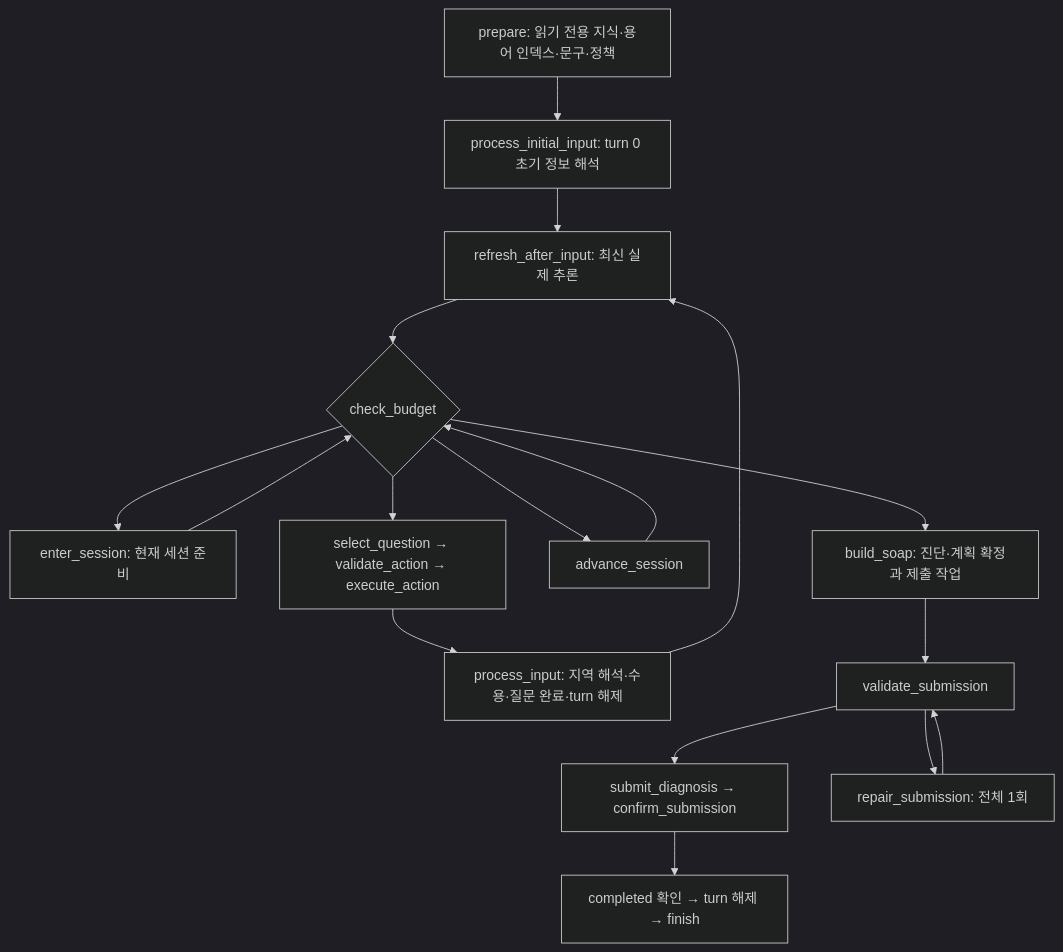
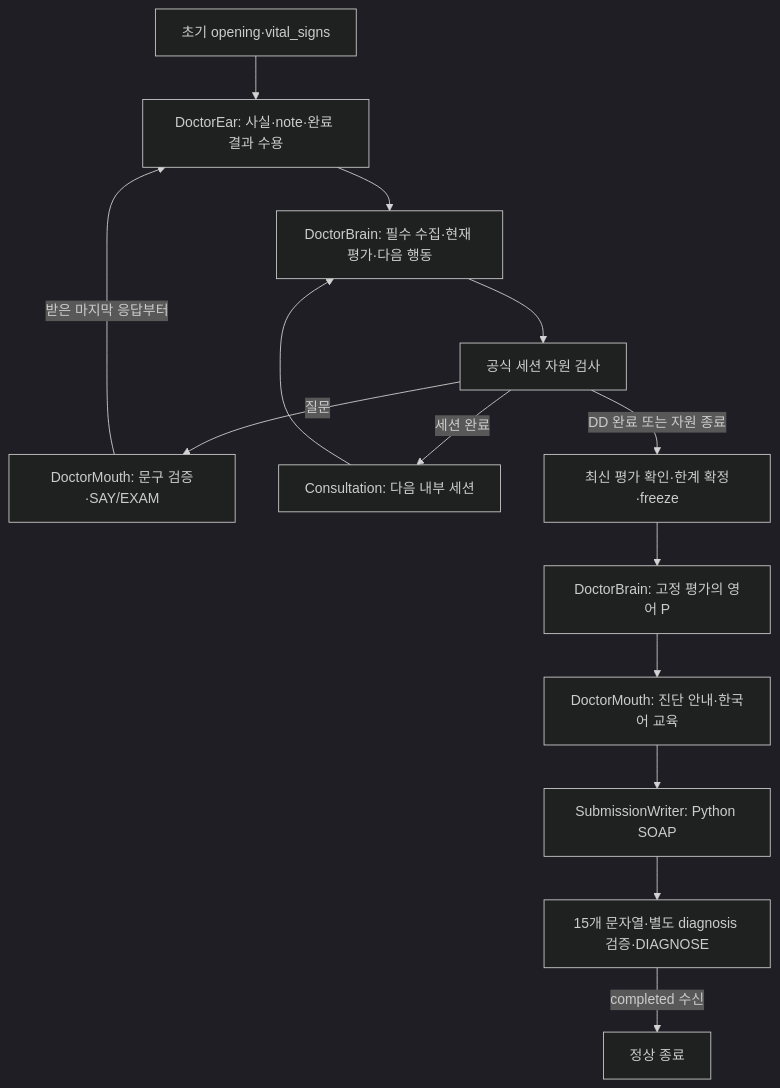
The first of 5 diagrams in submission/README.md (devRestain/Ontoward), drawn with Mermaid (dark theme) before and after one commit. The commit also changed other lines of this file and 74 other files, not shown here.

````diff
--- a/submission/README.md
+++ b/submission/README.md
@@ -10,19 +10,16 @@
 ```mermaid
 flowchart TD
-    P["prepare: 읽기 전용 지식·용어 인덱스·문구·정책"] --> I["process_initial_input: turn 0 초기 정보 해석"]
-    I --> R["refresh_after_input: 최신 실제 추론"]
-    R --> B{"check_budget"}
-    B --> S["enter_session: 현재 세션 준비"]
-    S --> B
-    B --> Q["select_question → validate_action → execute_action"]
-    Q --> A["process_input: 지역 해석·수용·질문 완료·turn 해제"]
-    A --> R
-    B --> N["advance_session"]
-    N --> B
-    B --> F["build_soap: 진단·계획 확정과 제출 작업"]
-    F --> V["validate_submission"]
-    V --> D["submit_diagnosis → confirm_submission"]
-    V --> X["repair_submission: 전체 1회"]
-    X --> V
-    D --> E["completed 확인 → turn 해제 → finish"]
+    Start["초기 opening·vital_signs"] --> Ear["DoctorEar: 사실·note·완료 결과 수용"]
+    Ear --> Brain["DoctorBrain: 필수 수집·현재 평가·다음 행동"]
+    Brain --> Budget["공식 세션 자원 검사"]
+    Budget -->|질문| Mouth["DoctorMouth: 문구 검증·SAY/EXAM"]
+    Mouth -->|받은 마지막 응답부터| Ear
+    Budget -->|세션 완료| Next["Consultation: 다음 내부 세션"]
+    Next --> Brain
+    Budget -->|DD 완료 또는 자원 종료| Freeze["최신 평가 확인·한계 확정·freeze"]
+    Freeze --> Plan["DoctorBrain: 고정 평가의 영어 P"]
+    Plan --> Delivery["DoctorMouth: 진단 안내·한국어 교육"]
+    Delivery --> Writer["SubmissionWriter: Python SOAP"]
+    Writer --> Submit["15개 문자열·별도 diagnosis 검증·DIAGNOSE"]
+    Submit -->|completed 수신| End["정상 종료"]
 ```
````
